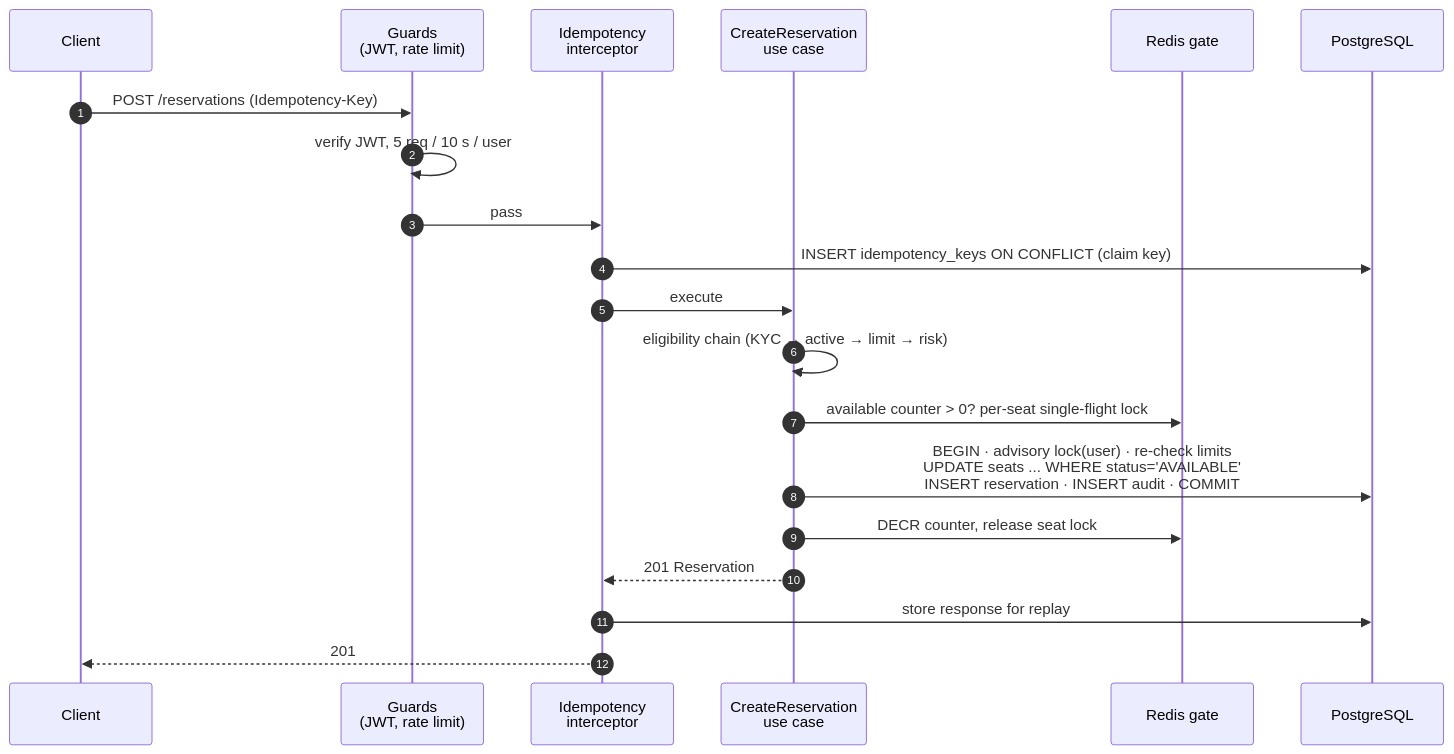
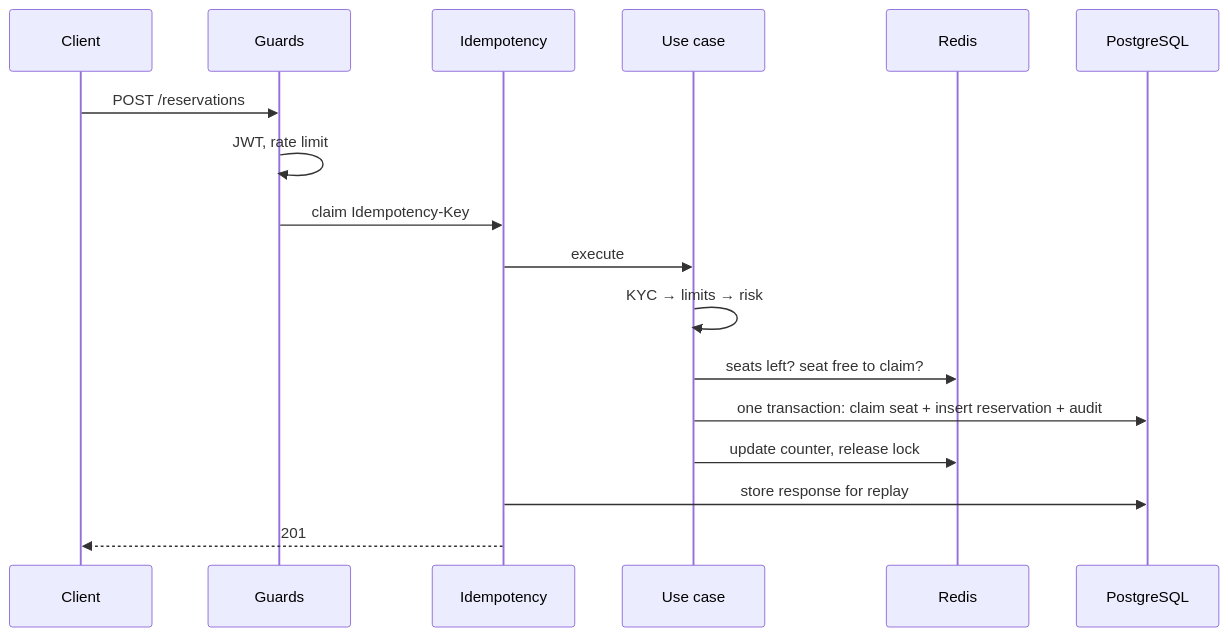
One commit to ehamamrah/Pokunity changed the third of 3 diagrams in docs/architecture/overview.md. Above: the diagram before and after it, drawn with Mermaid. The commit also changed other lines of this file and 12 other files, not shown here.

Commit message:
Shorten architecture, frontend and performance docs

````diff
--- a/docs/architecture/overview.md
+++ b/docs/architecture/overview.md
@@ -72,22 +50,19 @@
 ```mermaid
 sequenceDiagram
-  autonumber
   participant C as Client
-  participant G as Guards<br/>(JWT, rate limit)
-  participant I as Idempotency<br/>interceptor
-  participant U as CreateReservation<br/>use case
-  participant R as Redis gate
+  participant G as Guards
+  participant I as Idempotency
+  participant U as Use case
+  participant R as Redis
   participant DB as PostgreSQL
-  C->>G: POST /reservations (Idempotency-Key)
-  G->>G: verify JWT, 5 req / 10 s / user
-  G->>I: pass
-  I->>DB: INSERT idempotency_keys ON CONFLICT (claim key)
+  C->>G: POST /reservations
+  G->>G: JWT, rate limit
+  G->>I: claim Idempotency-Key
   I->>U: execute
-  U->>U: eligibility chain (KYC → active → limit → risk)
-  U->>R: available counter > 0? per-seat single-flight lock
-  U->>DB: BEGIN · advisory lock(user) · re-check limits<br/>UPDATE seats ... WHERE status='AVAILABLE'<br/>INSERT reservation · INSERT audit · COMMIT
-  U->>R: DECR counter, release seat lock
-  U-->>I: 201 Reservation
+  U->>U: KYC → limits → risk
+  U->>R: seats left? seat free to claim?
+  U->>DB: one transaction: claim seat + insert reservation + audit
+  U->>R: update counter, release lock
   I->>DB: store response for replay
   I-->>C: 201
 ```
````
